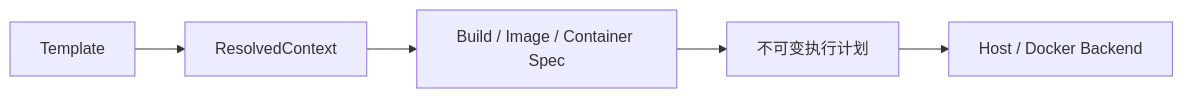
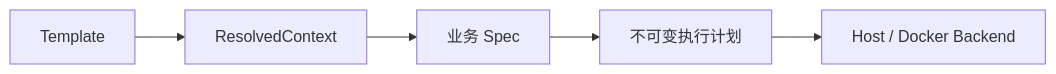
Before and after one commit to zz990099/Rigyard: the second of 2 diagrams in docs/architecture.md, drawn with Mermaid. The commit also changed other lines of this file and 35 other files, not shown here.

````diff
--- a/docs/architecture.md
+++ b/docs/architecture.md
@@ -35,7 +37,7 @@
 ```mermaid
 flowchart LR
     A[Template] --> B[ResolvedContext]
-    B --> C[Build / Image / Container Spec]
+    B --> C[业务 Spec]
     C --> D[不可变执行计划]
     D --> E[Host / Docker Backend]
 ```
````
